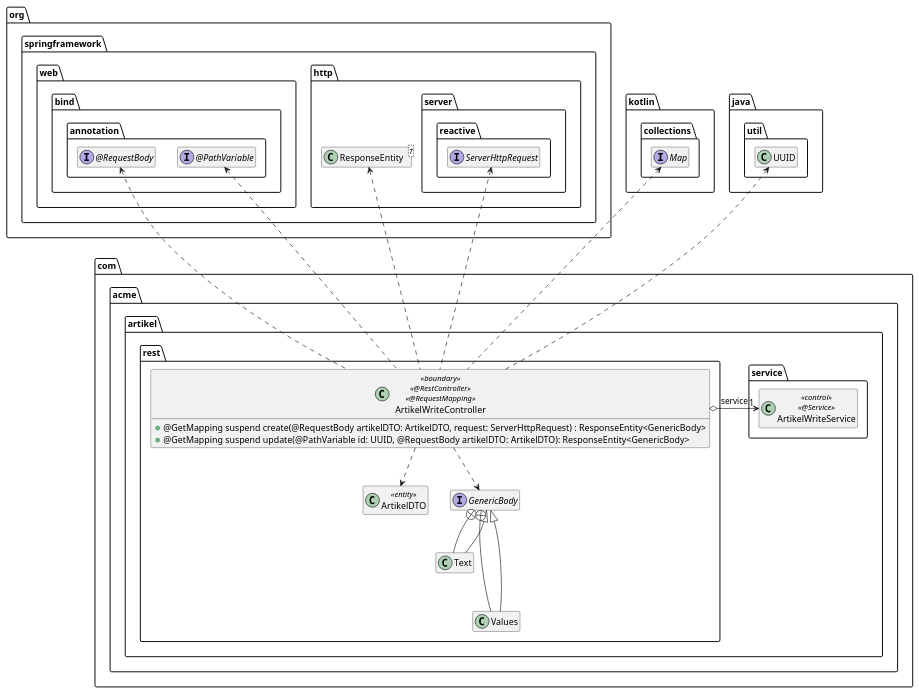
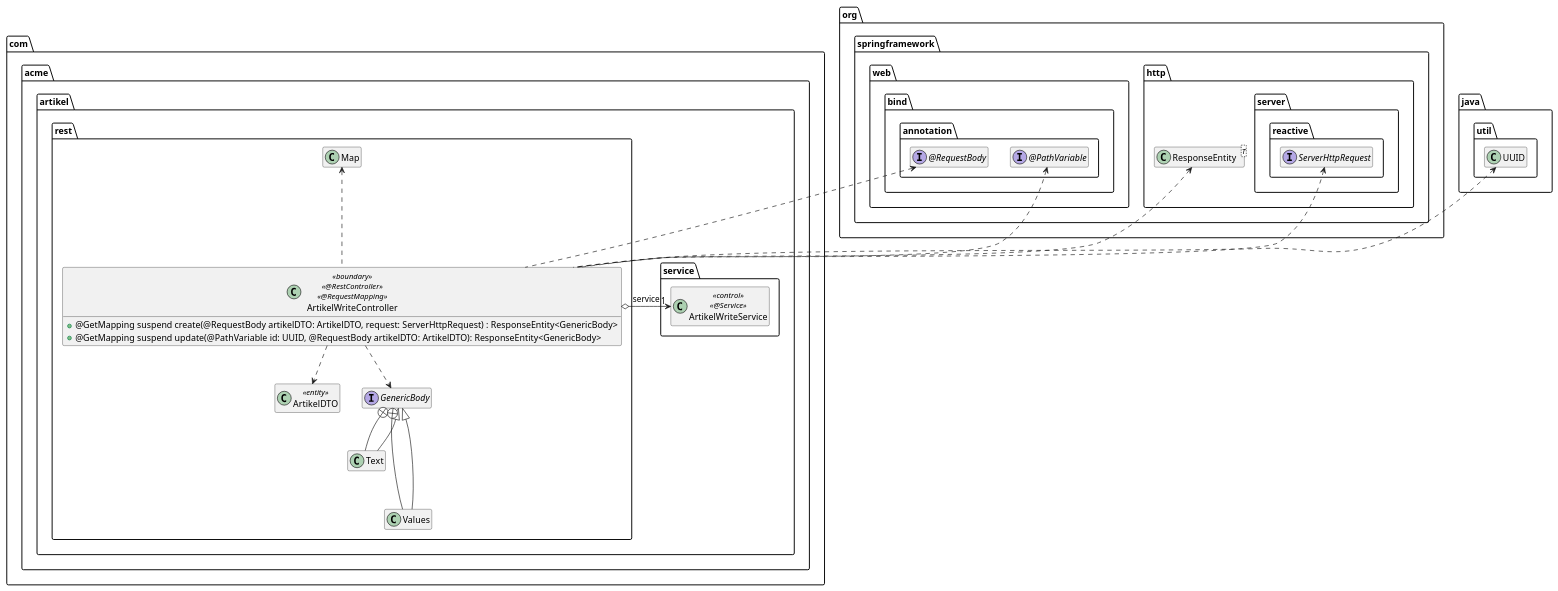
The diagram in extras/doc/ArtikelWriteController.puml (AlexanderStecknitz/Softwarearchitektur-Springframework), drawn with PlantUML before and after one commit.

Commit message:
UPDATED ArtikelWriteController.puml UML deleted Map

```diff
--- a/extras/doc/ArtikelWriteController.puml
+++ b/extras/doc/ArtikelWriteController.puml
@@ -1,71 +1,67 @@
 @startuml
 
 package org.springframework {
     package web.bind.annotation {
         interface "@PathVariable" as PathVariable
 
         interface "@RequestBody" as RequestBody
     }
 
     package http {
         class ResponseEntity<T>
 
         package server.reactive {
             interface ServerHttpRequest
         }
     }
-}
-
-package kotlin.collections {
-    interface Map
 }
 
 package java.util {
     class UUID
 }
 
 package com.acme.artikel {
 
     package service {
         class ArtikelWriteService << control >> << @Service >>
     }
 
     package rest {
 
         class ArtikelDTO <<entity>>
 
         interface GenericBody
         class Text
         class Values
         GenericBody +-- Text
         GenericBody <|-- Text
         GenericBody +--- Values
         GenericBody <|-- Values
 
         class ArtikelWriteController << boundary >> << @RestController >> << @RequestMapping >> {
             + @GetMapping suspend create(@RequestBody artikelDTO: ArtikelDTO, request: ServerHttpRequest) : ResponseEntity<GenericBody>
             + @GetMapping suspend update(@PathVariable id: UUID, @RequestBody artikelDTO: ArtikelDTO): ResponseEntity<GenericBody>
         }
 
         ArtikelWriteController o-right-> "1" ArtikelWriteService : service
 
         ArtikelWriteController ..> ArtikelDTO
         ArtikelWriteController ..> GenericBody
 
         ArtikelWriteController .up.> ResponseEntity
         ArtikelWriteController .up.> ServerHttpRequest
 
         ArtikelWriteController .up.> PathVariable
         ArtikelWriteController .up.> RequestBody
 
         ArtikelWriteController .up.> Map
 
         ArtikelWriteController .up.> UUID
 
     }
 
 }
 
 hide empty members
 
 @enduml
```
